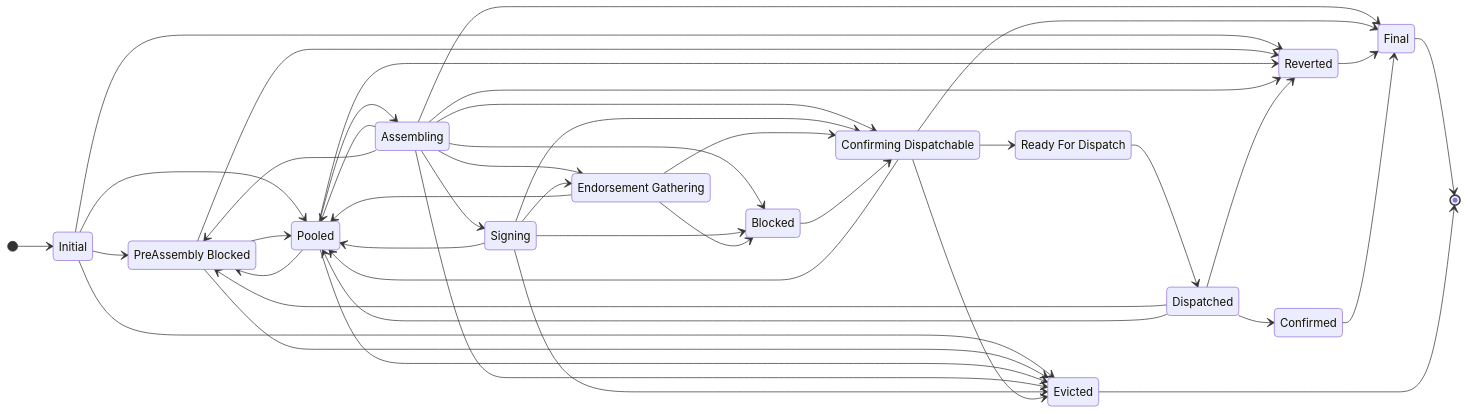
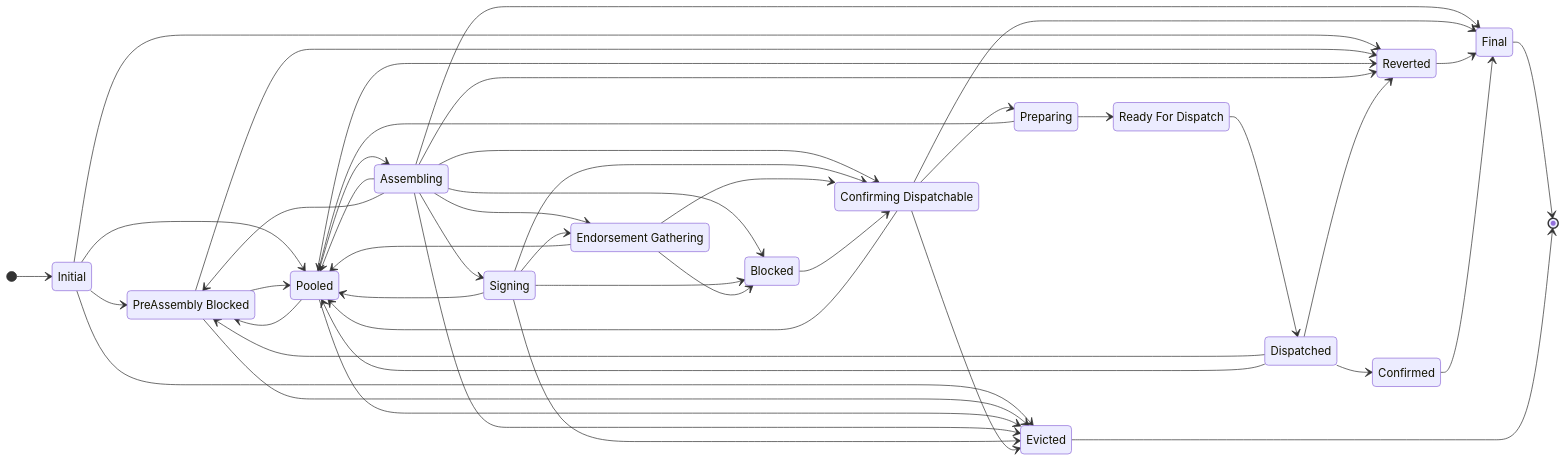
The second of 4 diagrams in doc-site/docs/architecture/distributed_sequencer_state_machine.md (kaleido-io/paladin), drawn with Mermaid before and after one commit. The commit also changed other lines of this file and 44 other files, not shown here.

````diff
--- a/doc-site/docs/architecture/distributed_sequencer_state_machine.md
+++ b/doc-site/docs/architecture/distributed_sequencer_state_machine.md
@@ -63,52 +63,54 @@
 ```mermaid
 %%{init: {'themeVariables': {'background': 'transparent'}}}%%
 stateDiagram-v2
     direction LR
     state "PreAssembly Blocked" as PreAssembly_Blocked
     state "Endorsement Gathering" as Endorsement_Gathering
     state "Confirming Dispatchable" as Confirming_Dispatchable
     state "Ready For Dispatch" as Ready_For_Dispatch
     [*] --> Initial
     Initial --> Reverted
     Initial --> Evicted
     Initial --> PreAssembly_Blocked
     Initial --> Pooled
     PreAssembly_Blocked --> Pooled
     PreAssembly_Blocked --> Reverted
     PreAssembly_Blocked --> Evicted
     Pooled --> Assembling
     Pooled --> PreAssembly_Blocked
     Pooled --> Reverted
     Pooled --> Evicted
     Assembling --> Signing
     Assembling --> Endorsement_Gathering
     Assembling --> Confirming_Dispatchable
     Assembling --> Blocked
     Assembling --> Pooled
     Assembling --> Evicted
     Assembling --> Reverted
     Assembling --> Final
     Assembling --> PreAssembly_Blocked
     Signing --> Endorsement_Gathering
     Signing --> Confirming_Dispatchable
     Signing --> Blocked
     Signing --> Pooled
     Signing --> Evicted
     Endorsement_Gathering --> Confirming_Dispatchable
     Endorsement_Gathering --> Blocked
     Endorsement_Gathering --> Pooled
     Blocked --> Confirming_Dispatchable
-    Confirming_Dispatchable --> Ready_For_Dispatch
+    Confirming_Dispatchable --> Preparing
     Confirming_Dispatchable --> Pooled
     Confirming_Dispatchable --> Evicted
     Confirming_Dispatchable --> Final
+    Preparing --> Ready_For_Dispatch
+    Preparing --> Pooled
     Ready_For_Dispatch --> Dispatched
     Dispatched --> Confirmed
     Dispatched --> PreAssembly_Blocked
     Dispatched --> Pooled
     Dispatched --> Reverted
     Reverted --> Final
     Confirmed --> Final
     Final --> [*]
     Evicted --> [*]
 ```
````
